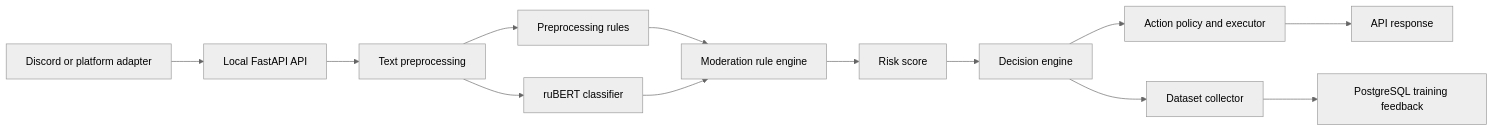
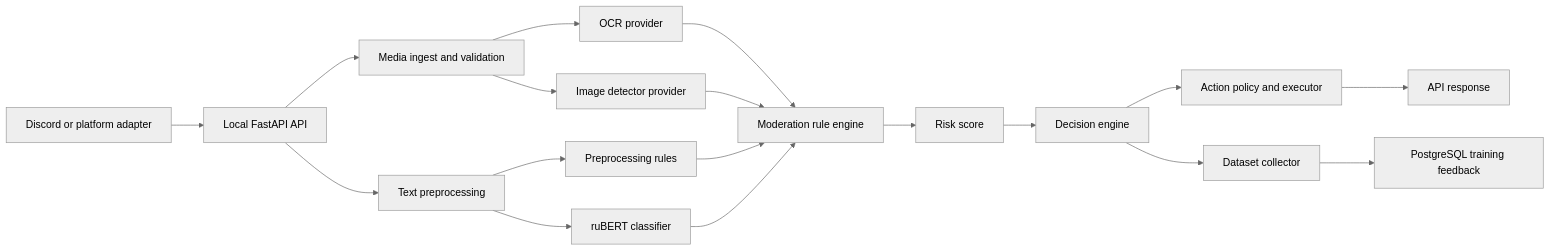
The second of 2 diagrams in README.md (6oT9lpa/AI-Moderation-Content), drawn with Mermaid (neutral theme) before and after one commit. The commit also changed other lines of this file and 9 other files, not shown here.

````diff
--- a/README.md
+++ b/README.md
@@ -110,15 +112,20 @@
 ```mermaid
 flowchart LR
     A[Discord or platform adapter] --> B[Local FastAPI API]
     B --> C[Text preprocessing]
+    B --> M[Media ingest and validation]
+    M --> N[OCR provider]
+    M --> O[Image detector provider]
+    N --> F
+    O --> F
     C --> D[Preprocessing rules]
     C --> E[ruBERT classifier]
     D --> F[Moderation rule engine]
     E --> F
     F --> G[Risk score]
     G --> H[Decision engine]
     H --> I[Action policy and executor]
     H --> J[Dataset collector]
     I --> K[API response]
     J --> L[PostgreSQL training feedback]
 ```
````
